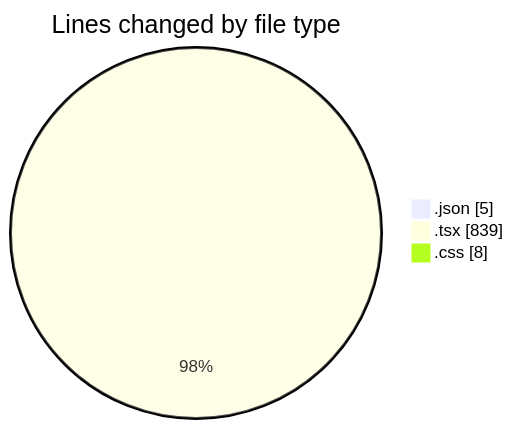
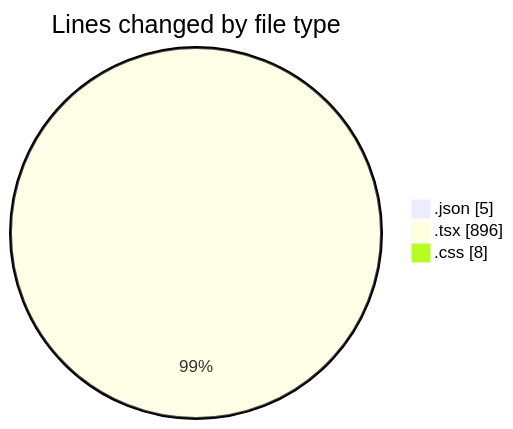
One commit to Elitesun/code-tracking changed the first of 2 diagrams in 2025-04-07/sungpt/README.md. Above: the diagram before and after it, drawn with Mermaid. The commit also changed other lines of this file and 1 other file, not shown here.

````diff
--- a/2025-04-07/sungpt/README.md
+++ b/2025-04-07/sungpt/README.md
@@ -27,7 +27,7 @@
 ```mermaid
 pie showData
 title Lines changed by file type
 ".json" : 5
-".tsx" : 839
+".tsx" : 896
 ".css" : 8
 ```
````
